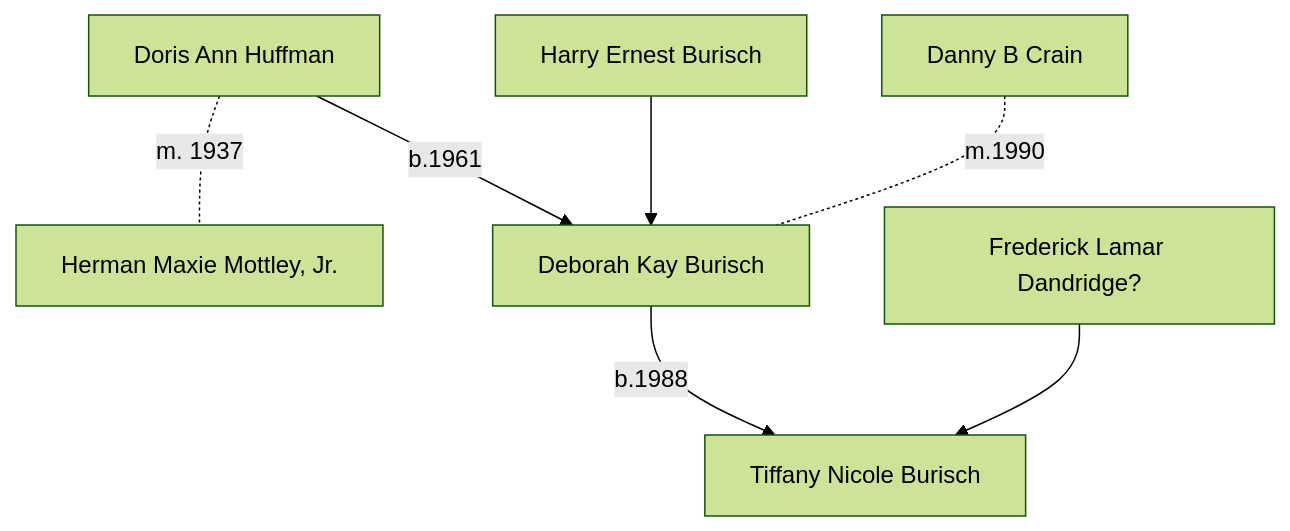
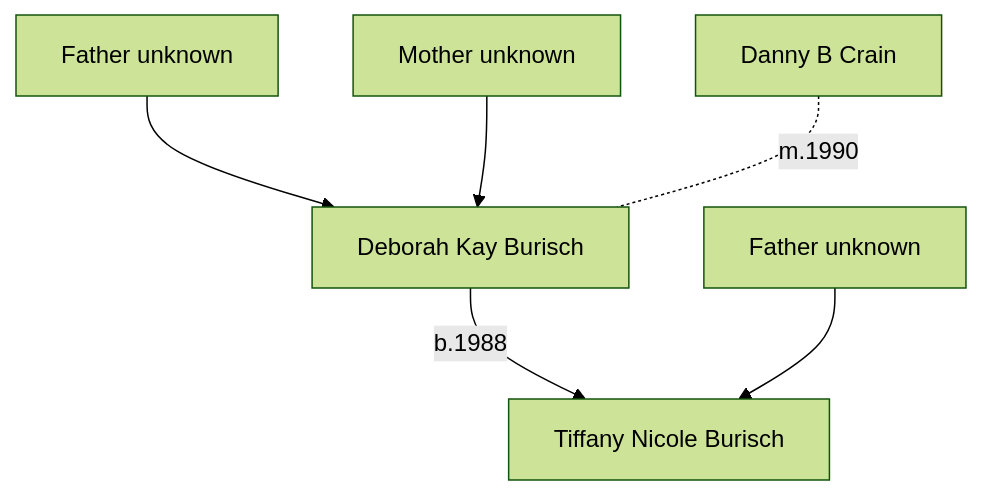
One commit to Black-Star-Institute/blackstar.github.io changed the diagram in docs/people/burisch_deborah.md. Above: the diagram before and after it, drawn with Mermaid (forest theme). The commit also changed other lines of this file and 6 other files, not shown here.

Commit message:
Add Harry Burisch records

````diff
--- a/docs/people/burisch_deborah.md
+++ b/docs/people/burisch_deborah.md
@@ -26,9 +28,8 @@
 ```mermaid
 graph TD;
-  doris -. "m. 1937" .- herman[Herman Maxie Mottley, Jr.]
-  harry[Harry Ernest Burisch] --> deborah
-  doris[Doris Ann Huffman] -- "b.1961" --> deborah
+  dad[Father unknown] --> deborah
+  mum[Mother unknown] --> deborah
   deborah[Deborah Kay Burisch] -- "b.1988" --> tiffany[Tiffany Nicole Burisch]
+  anon[Father unknown] --> tiffany
   dan[Danny B Crain] -. "m.1990" .- deborah
-  fred[Frederick Lamar Dandridge?] --> tiffany
 ```
````
